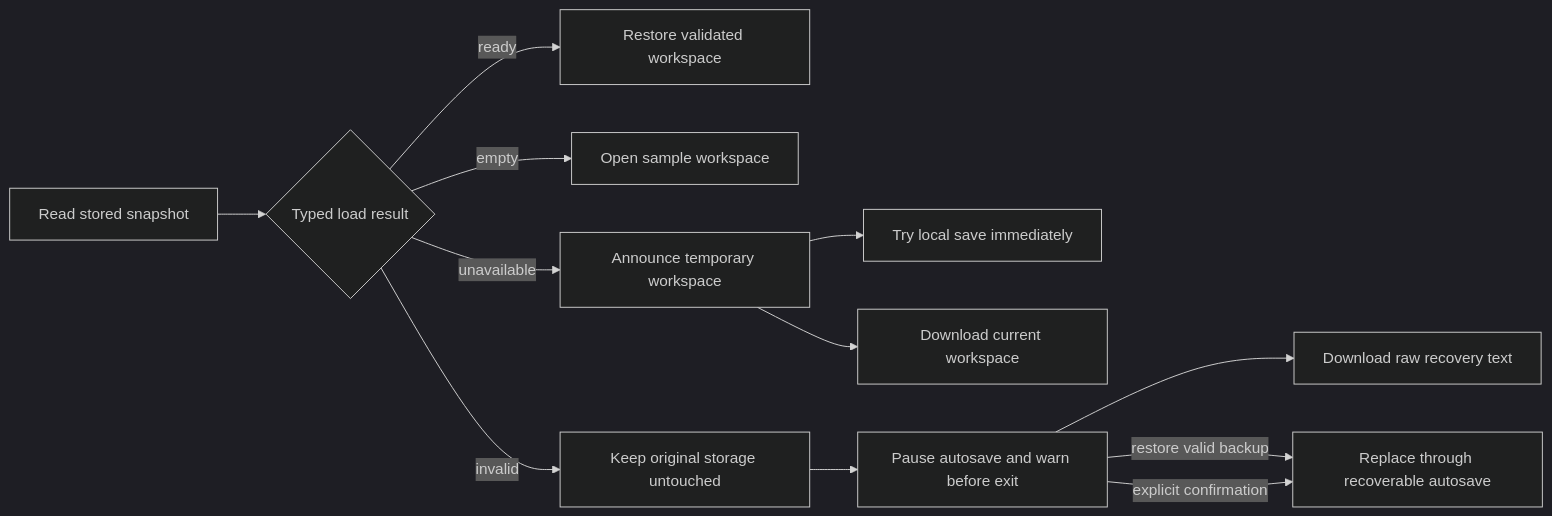
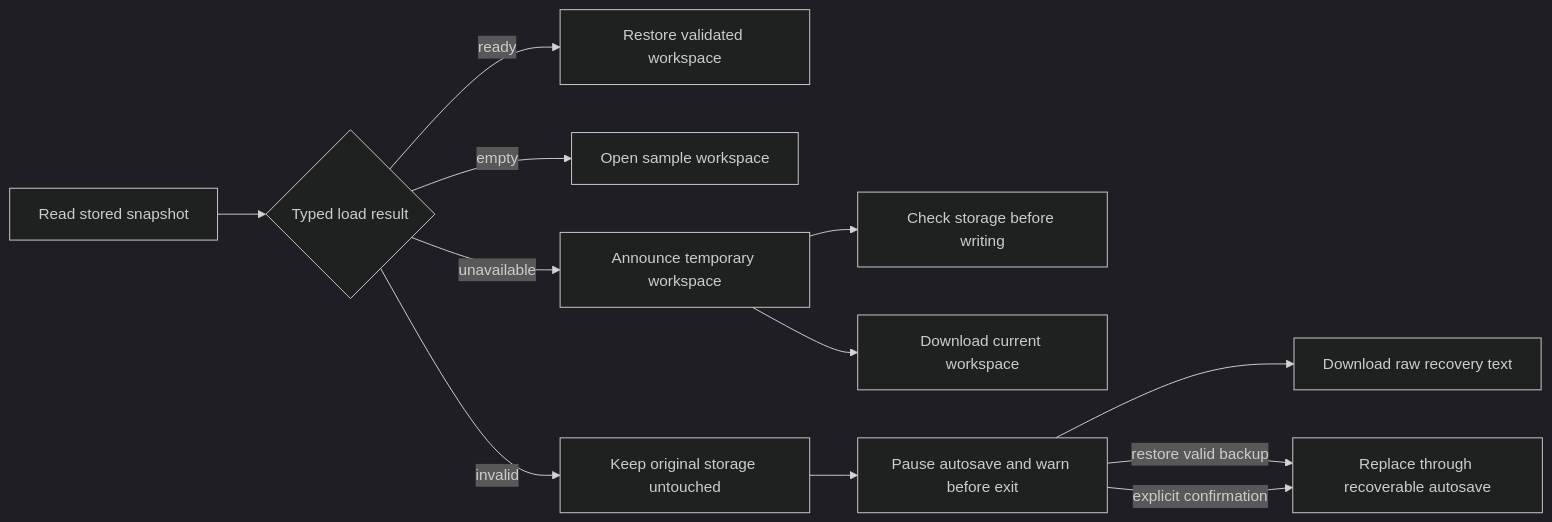
One commit to ASKR04/JavaScript changed the fourth of 15 diagrams in signalforge/docs/architecture.md. Above: the diagram before and after it, drawn with Mermaid (dark theme). The commit also changed other lines of this file and 6 other files, not shown here.

Commit message:
fix(signalforge): probe storage before recovery writes

````diff
--- a/signalforge/docs/architecture.md
+++ b/signalforge/docs/architecture.md
@@ -79,14 +79,14 @@
 ```mermaid
 flowchart LR
     Read["Read stored snapshot"] --> Classify{"Typed load result"}
     Classify -->|ready| Restore["Restore validated workspace"]
     Classify -->|empty| Sample["Open sample workspace"]
     Classify -->|unavailable| Temporary["Announce temporary workspace"]
-    Temporary --> Probe["Try local save immediately"]
+    Temporary --> Probe["Check storage before writing"]
     Temporary --> Backup["Download current workspace"]
     Classify -->|invalid| Preserve["Keep original storage untouched"]
     Preserve --> Pause["Pause autosave and warn before exit"]
     Pause --> Download["Download raw recovery text"]
     Pause -->|restore valid backup| Replace["Replace through recoverable autosave"]
     Pause -->|explicit confirmation| Replace
 ```
````
